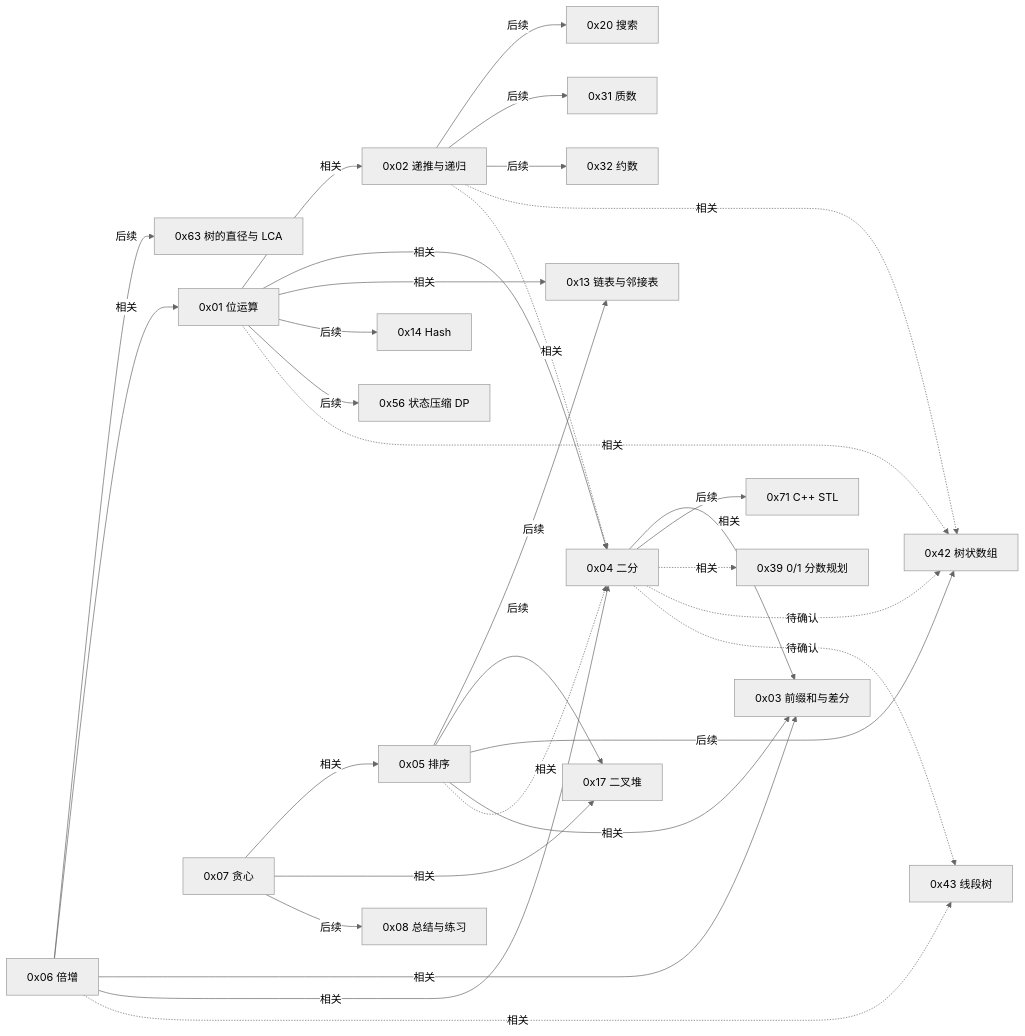
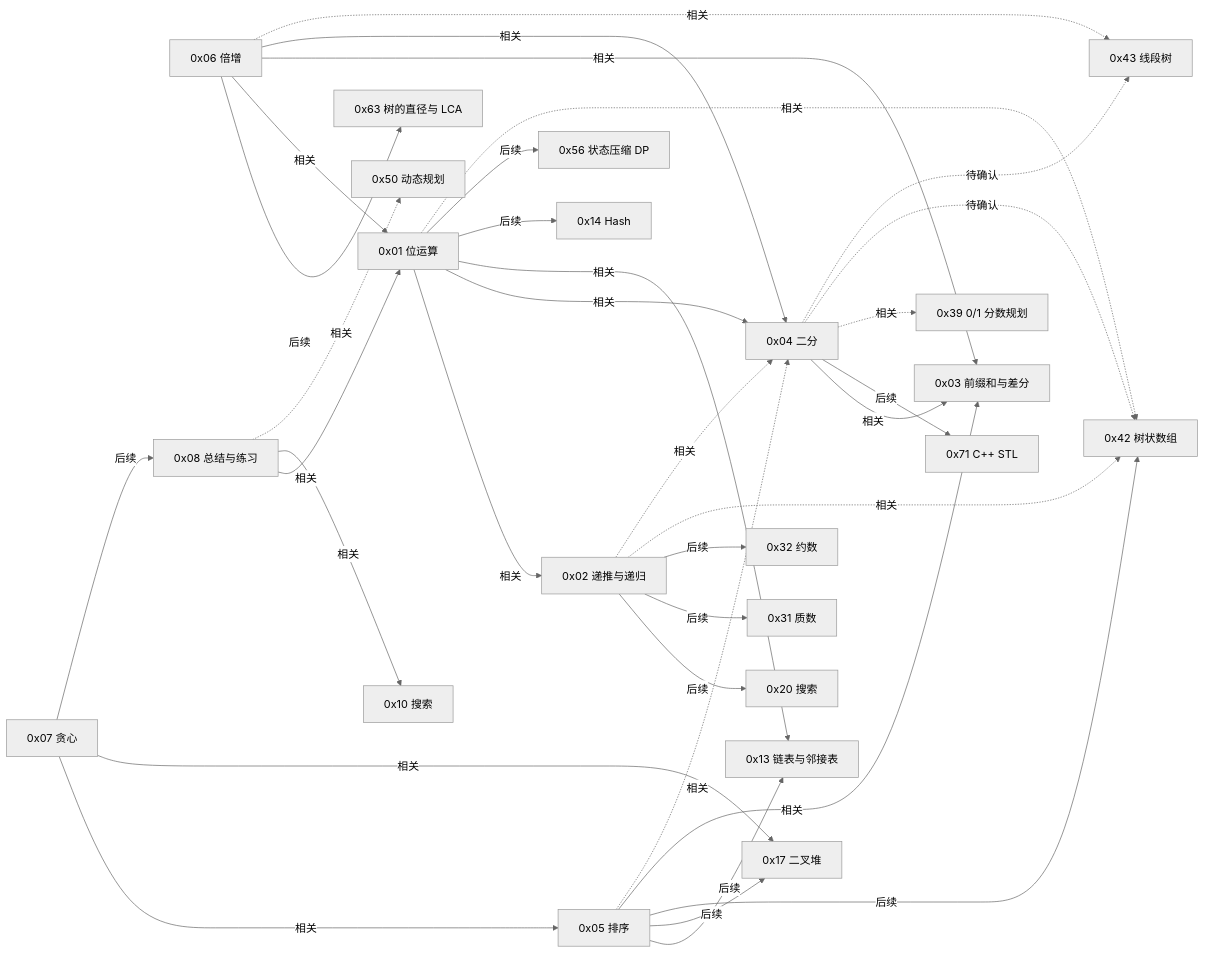
One commit to RobateV/algorithm-visualizer changed the first of 2 diagrams in docs/knowledge-base/dependency-map.md. Above: the diagram before and after it, drawn with Mermaid (neutral theme). The commit also changed other lines of this file and 5 other files, not shown here.

````diff
--- a/docs/knowledge-base/dependency-map.md
+++ b/docs/knowledge-base/dependency-map.md
@@ -18,32 +18,35 @@
 ```mermaid
 graph LR
   B01[0x01 位运算] -->|相关| B02[0x02 递推与递归]
   B01 -->|相关| B04[0x04 二分]
   B01 -->|相关| B13[0x13 链表与邻接表]
   B01 -->|后续| B14[0x14 Hash]
   B01 -->|后续| B56[0x56 状态压缩 DP]
   B01 -.->|相关| B42[0x42 树状数组]
   B02 -->|后续| B20[0x20 搜索]
   B02 -->|后续| B31[0x31 质数]
   B02 -->|后续| B32[0x32 约数]
   B02 -.->|相关| B42
   B02 -.->|相关| B04
   B04 -->|相关| B03[0x03 前缀和与差分]
   B04 -->|后续| B71[0x71 C++ STL]
   B04 -.->|相关| B39[0x39 0/1 分数规划]
   B04 ..->|待确认| B42
   B04 ..->|待确认| B43[0x43 线段树]
   B05[0x05 排序] -->|后续| B13[0x13 链表与邻接表]
   B05 -->|后续| B17[0x17 二叉堆]
   B05 -->|后续| B42[0x42 树状数组]
   B05 -->|相关| B03
   B05 -.->|相关| B04
   B06[0x06 倍增] -->|后续| B63[0x63 树的直径与 LCA]
   B06 -->|相关| B01
   B06 -->|相关| B03
   B06 -->|相关| B04
   B06 -.->|相关| B43
   B07[0x07 贪心] -->|相关| B05
   B07 -->|相关| B17
   B07 -->|后续| B08[0x08 总结与练习]
+  B08 -->|相关| B01
+  B08 -->|相关| B10[0x10 搜索]
+  B08 -.->|相关| B50[0x50 动态规划]
 ```
````
